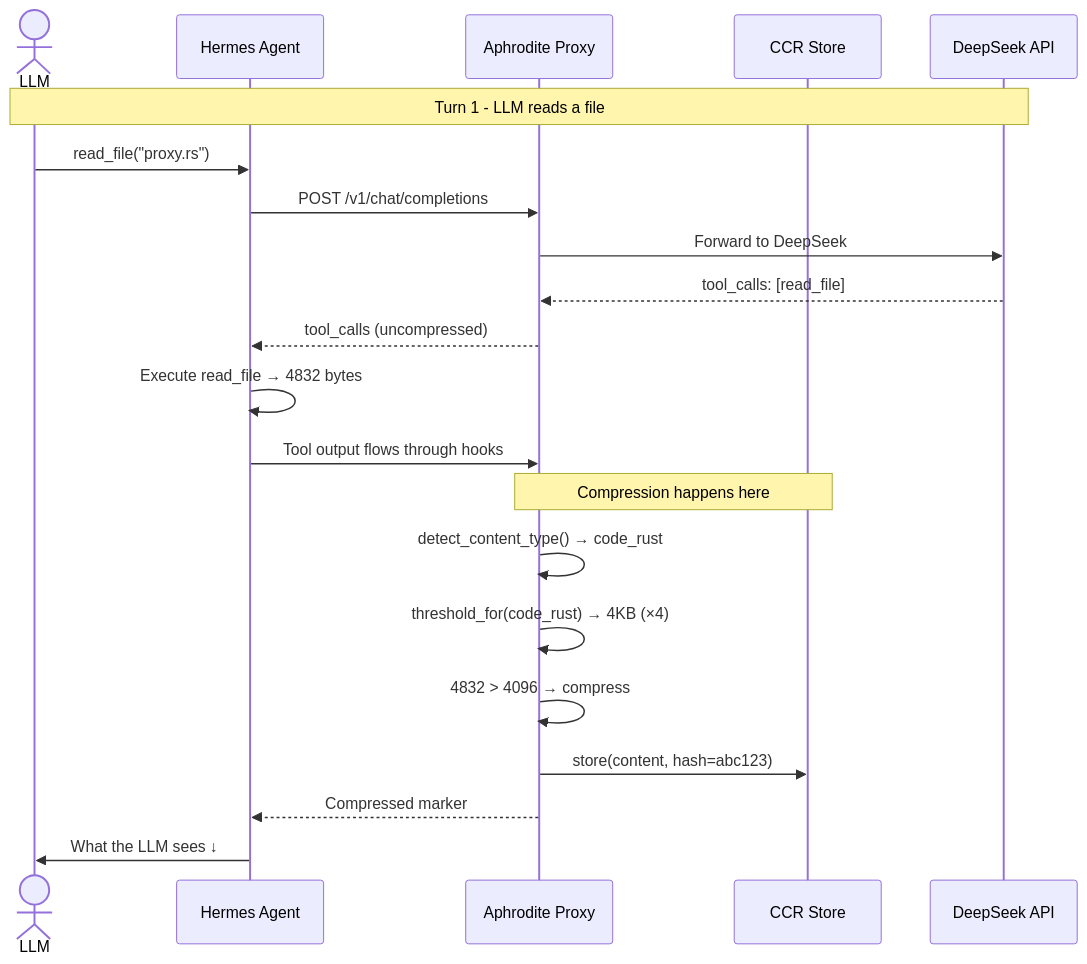
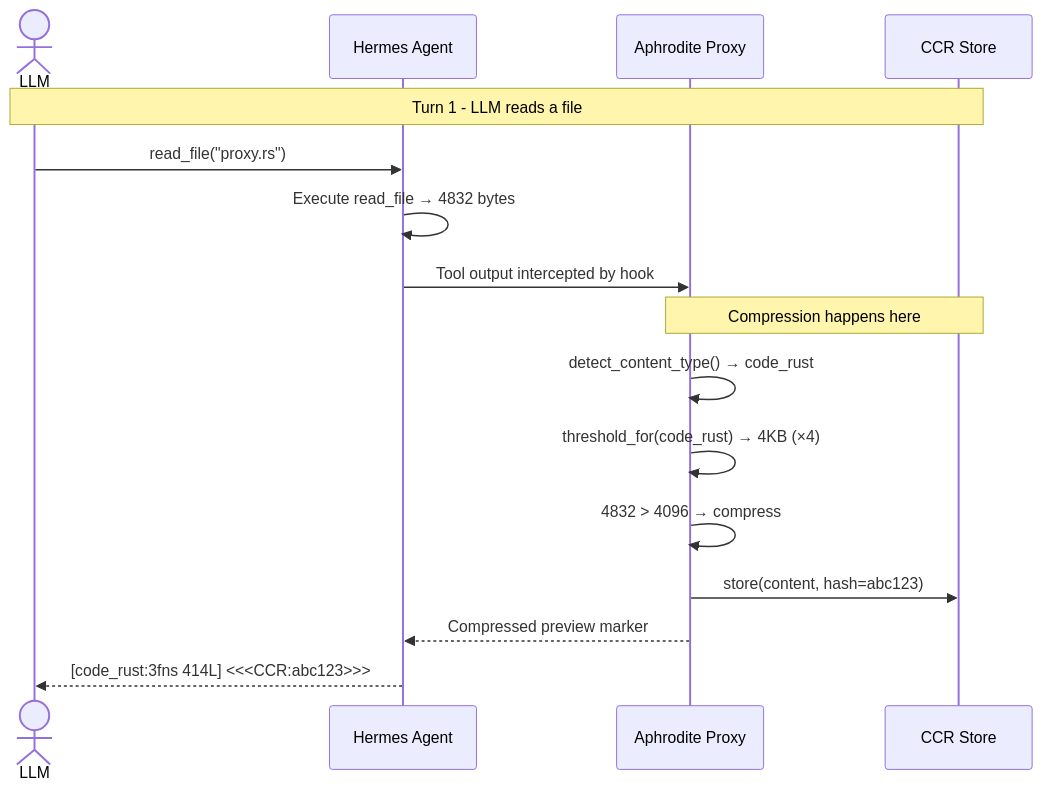
Before and after one commit to PlayForm/Aphrodite: the first of 3 diagrams in docs/examples/llm-view.md, drawn with Mermaid.

Commit message:
docs: fix Mermaid diagram — tool output flows through hooks, not chat API

````diff
--- a/docs/examples/llm-view.md
+++ b/docs/examples/llm-view.md
@@ -5,27 +5,21 @@
 ```mermaid
 sequenceDiagram
     actor LLM
     participant Agent as Hermes Agent
     participant Proxy as Aphrodite Proxy
     participant CCR as CCR Store
-    participant API as DeepSeek API
 
-    Note over LLM,API: Turn 1  -  LLM reads a file
+    Note over LLM,CCR: Turn 1 - LLM reads a file
 
     LLM->>Agent: read_file("proxy.rs")
-    Agent->>Proxy: POST /v1/chat/completions
-    Proxy->>API: Forward to DeepSeek
-    API-->>Proxy: tool_calls: [read_file]
-    Proxy-->>Agent: tool_calls (uncompressed)
     Agent->>Agent: Execute read_file → 4832 bytes
-    Agent->>Proxy: Tool output flows through hooks
+    Agent->>Proxy: Tool output intercepted by hook
 
     Note over Proxy,CCR: Compression happens here
     Proxy->>Proxy: detect_content_type() → code_rust
     Proxy->>Proxy: threshold_for(code_rust) → 4KB (×4)
     Proxy->>Proxy: 4832 > 4096 → compress
     Proxy->>CCR: store(content, hash=abc123)
-    Proxy-->>Agent: Compressed marker
-
-    Agent->>LLM: What the LLM sees ↓
+    Proxy-->>Agent: Compressed preview marker
+    Agent-->>LLM: [code_rust:3fns 414L] <<<CCR:abc123>>>
 ```
````
